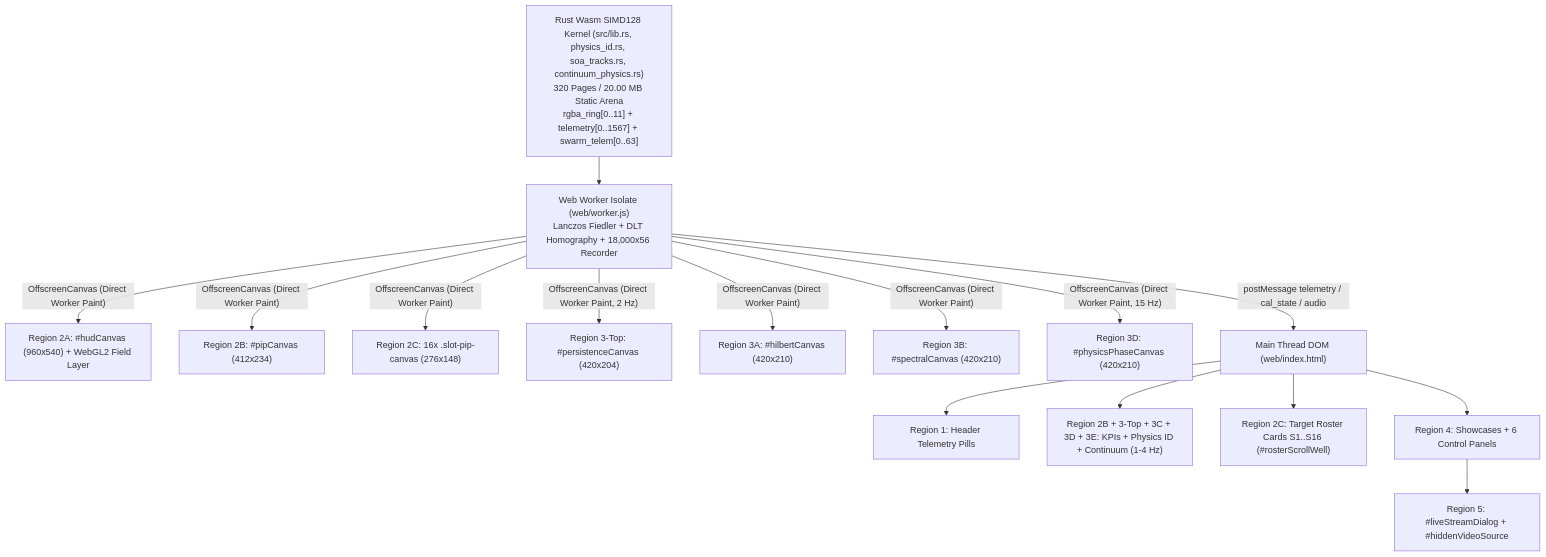
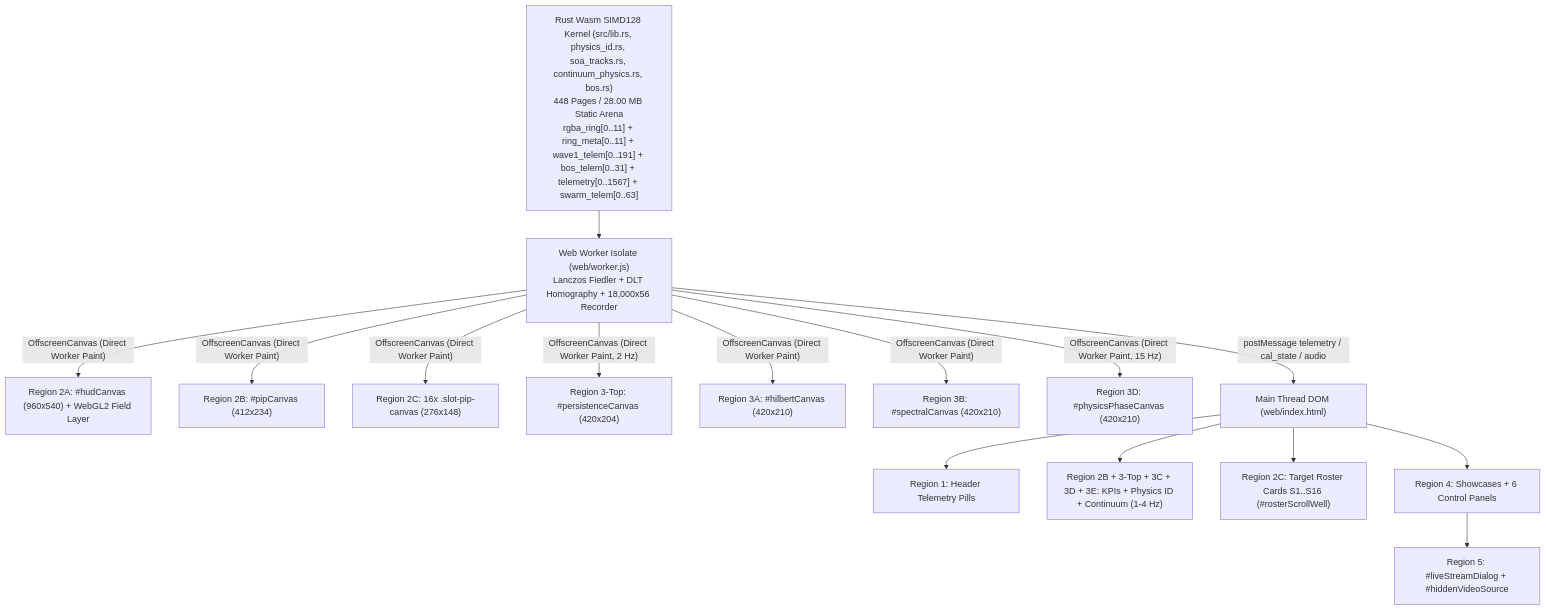
The diagram in docs/UI_TELEMETRY_GUIDE.md (steph4n-gh/chronos-spectral), drawn with Mermaid before and after one commit. The commit also changed other lines of this file and 22 other files, not shown here.

````diff
--- a/docs/UI_TELEMETRY_GUIDE.md
+++ b/docs/UI_TELEMETRY_GUIDE.md
@@ -16,17 +16,17 @@
 ```mermaid
 flowchart TB
-  WASM["Rust Wasm SIMD128 Kernel (src/lib.rs, physics_id.rs, soa_tracks.rs, continuum_physics.rs)\n320 Pages / 20.00 MB Static Arena\nrgba_ring[0..11] + telemetry[0..1567] + swarm_telem[0..63]"] --> WORKER["Web Worker Isolate (web/worker.js)\nLanczos Fiedler + DLT Homography + 18,000x56 Recorder"]
+  WASM["Rust Wasm SIMD128 Kernel (src/lib.rs, physics_id.rs, soa_tracks.rs, continuum_physics.rs, bos.rs)\n448 Pages / 28.00 MB Static Arena\nrgba_ring[0..11] + ring_meta[0..11] + wave1_telem[0..191] + bos_telem[0..31] + telemetry[0..1567] + swarm_telem[0..63]"] --> WORKER["Web Worker Isolate (web/worker.js)\nLanczos Fiedler + DLT Homography + 18,000x56 Recorder"]
   WORKER -->|"OffscreenCanvas (Direct Worker Paint)"| HUD["Region 2A: #hudCanvas (960x540) + WebGL2 Field Layer"]
   WORKER -->|"OffscreenCanvas (Direct Worker Paint)"| PIP["Region 2B: #pipCanvas (412x234)"]
   WORKER -->|"OffscreenCanvas (Direct Worker Paint)"| ROSTERCANVAS["Region 2C: 16x .slot-pip-canvas (276x148)"]
   WORKER -->|"OffscreenCanvas (Direct Worker Paint, 2 Hz)"| PERSIST["Region 3-Top: #persistenceCanvas (420x204)"]
   WORKER -->|"OffscreenCanvas (Direct Worker Paint)"| HILBERT["Region 3A: #hilbertCanvas (420x210)"]
   WORKER -->|"OffscreenCanvas (Direct Worker Paint)"| SPECTRAL["Region 3B: #spectralCanvas (420x210)"]
   WORKER -->|"OffscreenCanvas (Direct Worker Paint, 15 Hz)"| PHYS["Region 3D: #physicsPhaseCanvas (420x210)"]
   WORKER -->|"postMessage telemetry / cal_state / audio"| DOM["Main Thread DOM (web/index.html)"]
   DOM --> HEADER["Region 1: Header Telemetry Pills"]
   DOM --> KPIS["Region 2B + 3-Top + 3C + 3D + 3E: KPIs + Physics ID + Continuum (1-4 Hz)"]
   DOM --> ROSTERDOM["Region 2C: Target Roster Cards S1..S16 (#rosterScrollWell)"]
   DOM --> CONTROLS["Region 4: Showcases + 6 Control Panels"]
   CONTROLS --> MODAL["Region 5: #liveStreamDialog + #hiddenVideoSource"]
 ```
````
